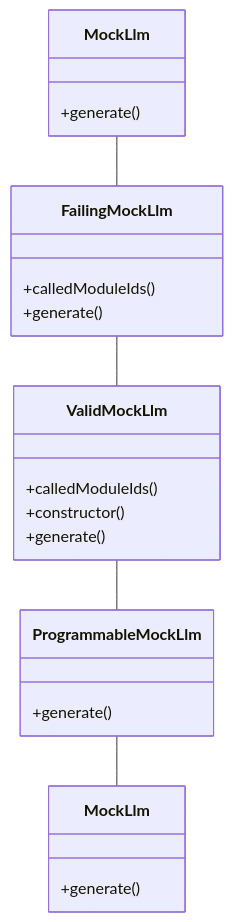
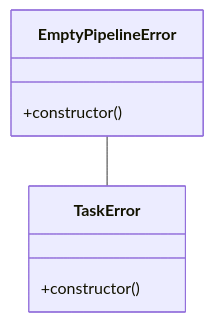
One commit to eduardoabreu81/livewiki changed the diagram in livewiki/diagrams/core-src-02.classes.mmd. Above: the diagram before and after it, drawn with Mermaid. The commit also changed 56 other files, not shown here.

```diff
--- a/livewiki/diagrams/core-src-02.classes.mmd
+++ b/livewiki/diagrams/core-src-02.classes.mmd
@@ -1,25 +1,10 @@
 %%{init: {"themeCSS": ".relation { stroke: transparent !important; }"}}%%
 classDiagram
   direction TB
-  class class_1["MockLlm"] {
-    +generate()
+  class class_1["EmptyPipelineError"] {
+    +constructor()
   }
-  class class_2["FailingMockLlm"] {
-    +calledModuleIds()
-    +generate()
-  }
-  class class_3["ValidMockLlm"] {
-    +calledModuleIds()
+  class class_2["TaskError"] {
     +constructor()
-    +generate()
-  }
-  class class_4["ProgrammableMockLlm"] {
-    +generate()
-  }
-  class class_5["MockLlm"] {
-    +generate()
   }
   class_1 -- class_2
-  class_2 -- class_3
-  class_3 -- class_4
-  class_4 -- class_5
```
